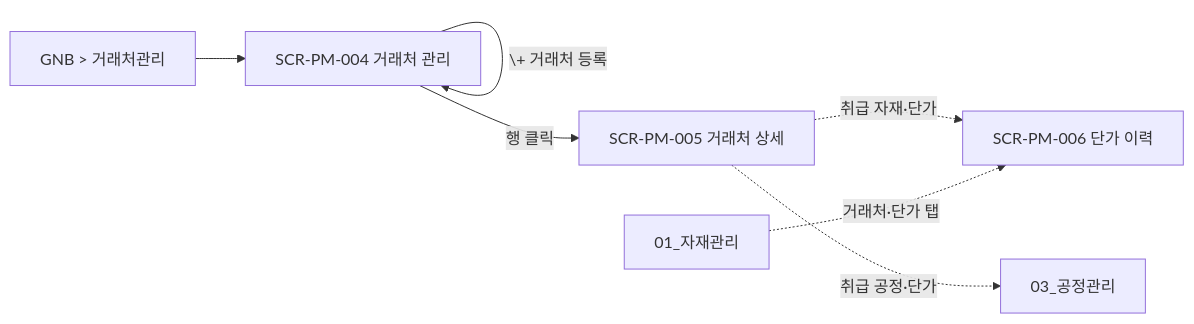
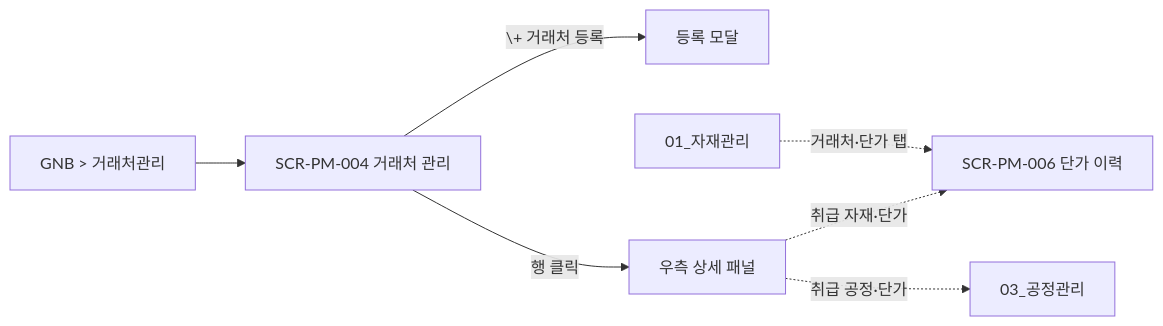
One commit to team-codecraft/wims2.0 changed the diagram in docs/3_DE(설계)/DE22-1_화면설계서/sections/02_거래처_단가.md. Above: the diagram before and after it, drawn with Mermaid. The commit also changed other lines of this file and 78 other files, not shown here.

````diff
--- a/docs/3_DE(설계)/DE22-1_화면설계서/sections/02_거래처_단가.md
+++ b/docs/3_DE(설계)/DE22-1_화면설계서/sections/02_거래처_단가.md
@@ -31,9 +30,9 @@
 ```mermaid
 flowchart LR
   GNB["GNB > 거래처관리"] --> L[SCR-PM-004 거래처 관리]
-  L -->|\+ 거래처 등록| L
-  L -->|행 클릭| D[SCR-PM-005 거래처 상세]
-  D -.취급 자재·단가.-> P[SCR-PM-006 단가 이력]
-  D -.취급 공정·단가.-> PR[03_공정관리]
+  L -->|\+ 거래처 등록| LM[등록 모달]
+  L -->|행 클릭| DP[우측 상세 패널]
+  DP -.취급 자재·단가.-> P[SCR-PM-006 단가 이력]
+  DP -.취급 공정·단가.-> PR[03_공정관리]
   MAT[01_자재관리] -.거래처·단가 탭.-> P
 ```
````
